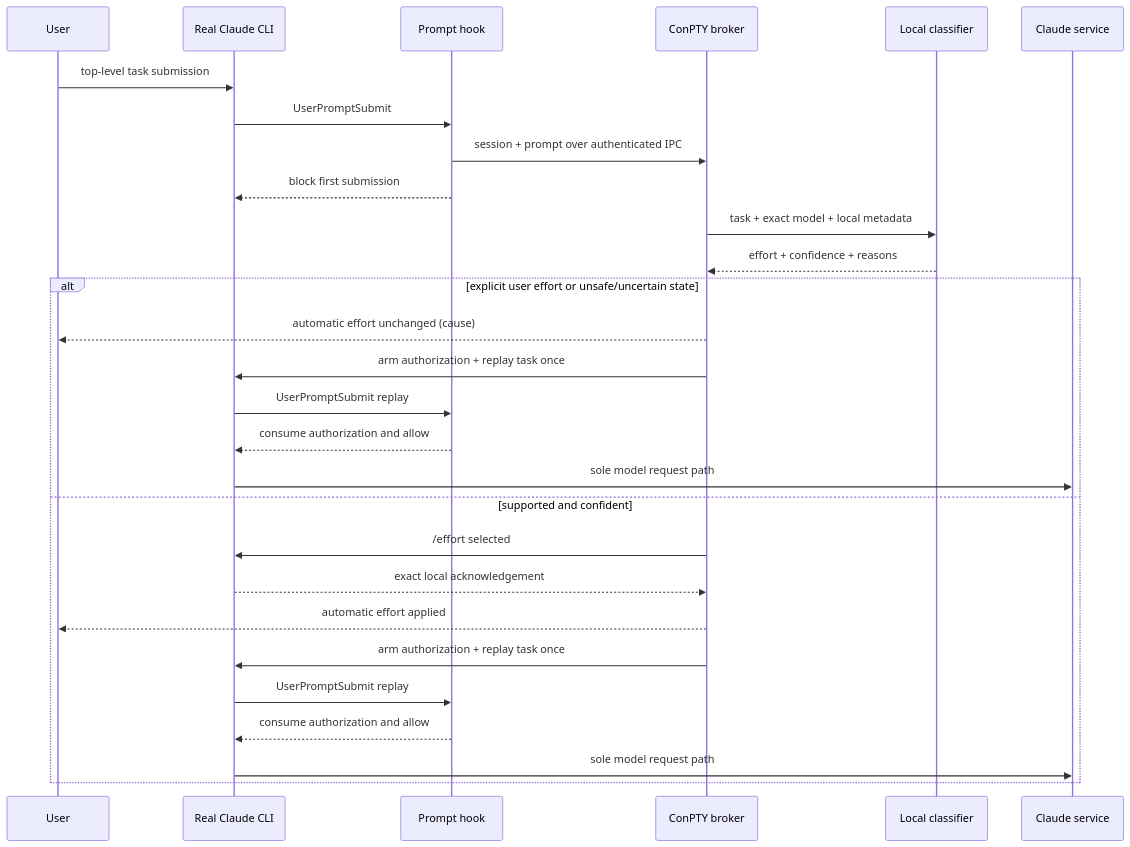
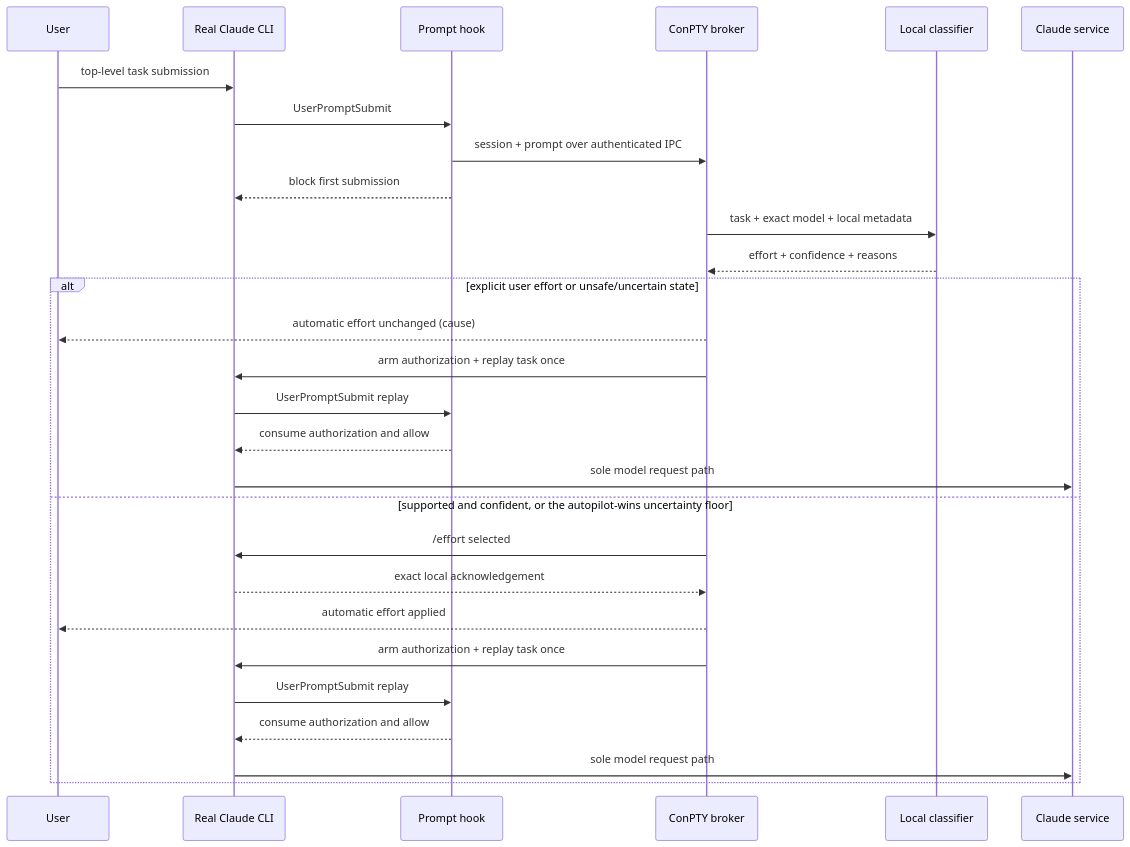
Before and after one commit to JeronimoRepetto/effort-autopilot: the second of 2 diagrams in docs/ARCHITECTURE.md, drawn with Mermaid. The commit also changed other lines of this file and 21 other files, not shown here.

First line of the commit message:
Add autopilot-wins uncertainty floor: uncertain tasks run at high unless a manual choice stands

````diff
--- a/docs/ARCHITECTURE.md
+++ b/docs/ARCHITECTURE.md
@@ -41,30 +45,30 @@
 ```mermaid
 sequenceDiagram
     participant U as User
     participant CLI as Real Claude CLI
     participant H as Prompt hook
     participant T as ConPTY broker
     participant C as Local classifier
     participant A as Claude service
     U->>CLI: top-level task submission
     CLI->>H: UserPromptSubmit
     H->>T: session + prompt over authenticated IPC
     H-->>CLI: block first submission
     T->>C: task + exact model + local metadata
     C-->>T: effort + confidence + reasons
     alt explicit user effort or unsafe/uncertain state
         T-->>U: automatic effort unchanged (cause)
         T->>CLI: arm authorization + replay task once
         CLI->>H: UserPromptSubmit replay
         H-->>CLI: consume authorization and allow
         CLI->>A: sole model request path
-    else supported and confident
+    else supported and confident, or the autopilot-wins uncertainty floor
         T->>CLI: /effort selected
         CLI-->>T: exact local acknowledgement
         T-->>U: automatic effort applied
         T->>CLI: arm authorization + replay task once
         CLI->>H: UserPromptSubmit replay
         H-->>CLI: consume authorization and allow
         CLI->>A: sole model request path
     end
 ```
````
